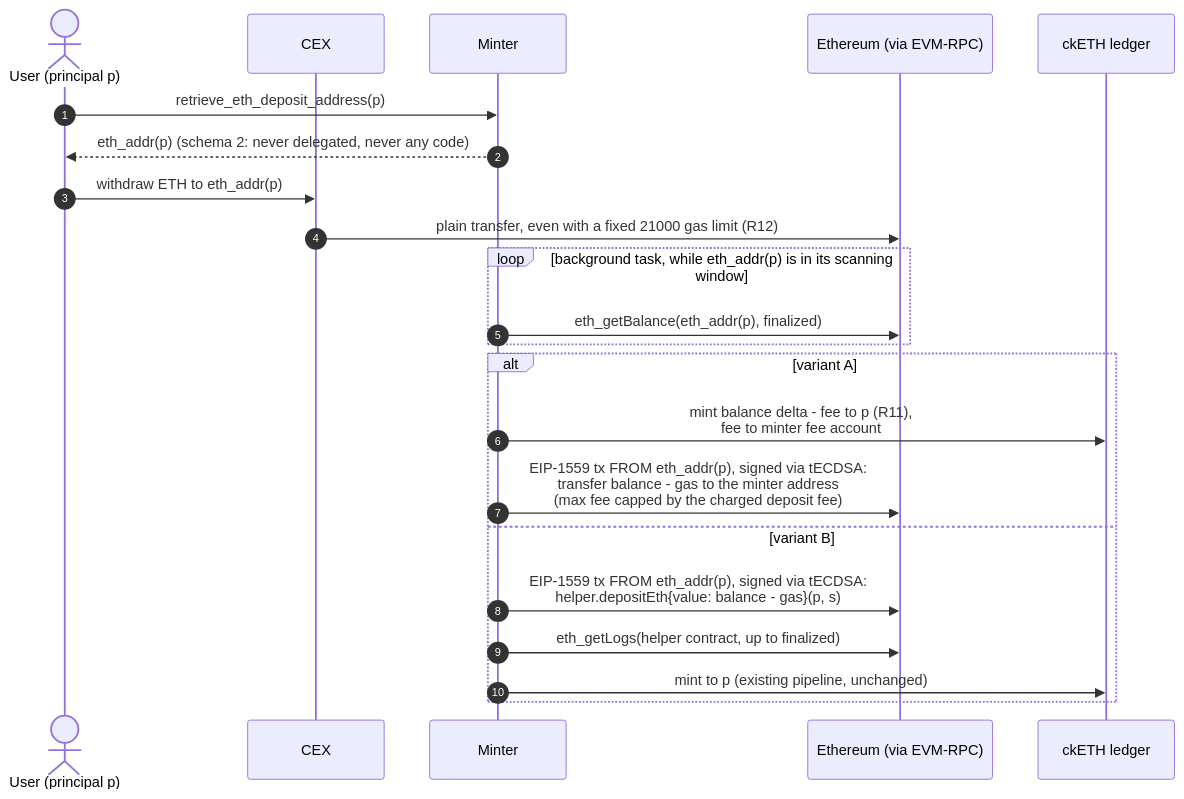
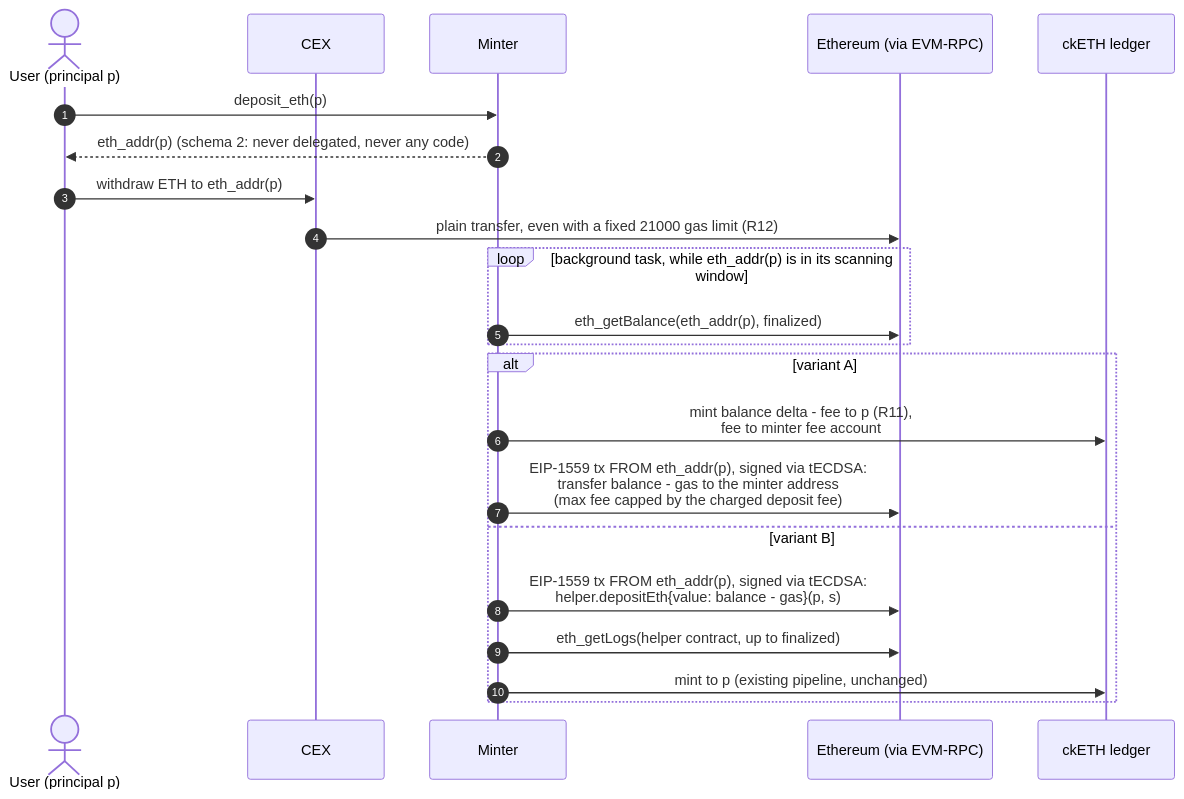
The third of 3 diagrams in rs/ethereum/cketh/docs/deposit_from_cex.md (dfinity/ic), drawn with Mermaid before and after one commit. The commit also changed other lines of this file, not shown here.

First line of the commit message:
docs: rename endpoint to deposit_erc20/deposit_eth, unify with sponsoring

````diff
--- a/rs/ethereum/cketh/docs/deposit_from_cex.md
+++ b/rs/ethereum/cketh/docs/deposit_from_cex.md
@@ -281,25 +282,25 @@
 ```mermaid
 sequenceDiagram
     autonumber
     actor User as User (principal p)
     participant CEX
     participant Minter
     participant Eth as Ethereum (via EVM-RPC)
     participant CkEthLedger as ckETH ledger
 
-    User->>Minter: retrieve_eth_deposit_address(p)
+    User->>Minter: deposit_eth(p)
     Minter-->>User: eth_addr(p) (schema 2: never delegated, never any code)
     User->>CEX: withdraw ETH to eth_addr(p)
     CEX->>Eth: plain transfer, even with a fixed 21000 gas limit (R12)
     loop background task, while eth_addr(p) is in its scanning window
         Minter->>Eth: eth_getBalance(eth_addr(p), finalized)
     end
     alt variant A
         Minter->>CkEthLedger: mint balance delta - fee to p (R11),<br/>fee to minter fee account
         Minter->>Eth: EIP-1559 tx FROM eth_addr(p), signed via tECDSA:<br/>transfer balance - gas to the minter address<br/>(max fee capped by the charged deposit fee)
     else variant B
         Minter->>Eth: EIP-1559 tx FROM eth_addr(p), signed via tECDSA:<br/>helper.depositEth{value: balance - gas}(p, s)
         Minter->>Eth: eth_getLogs(helper contract, up to finalized)
         Minter->>CkEthLedger: mint to p (existing pipeline, unchanged)
     end
 ```
````
